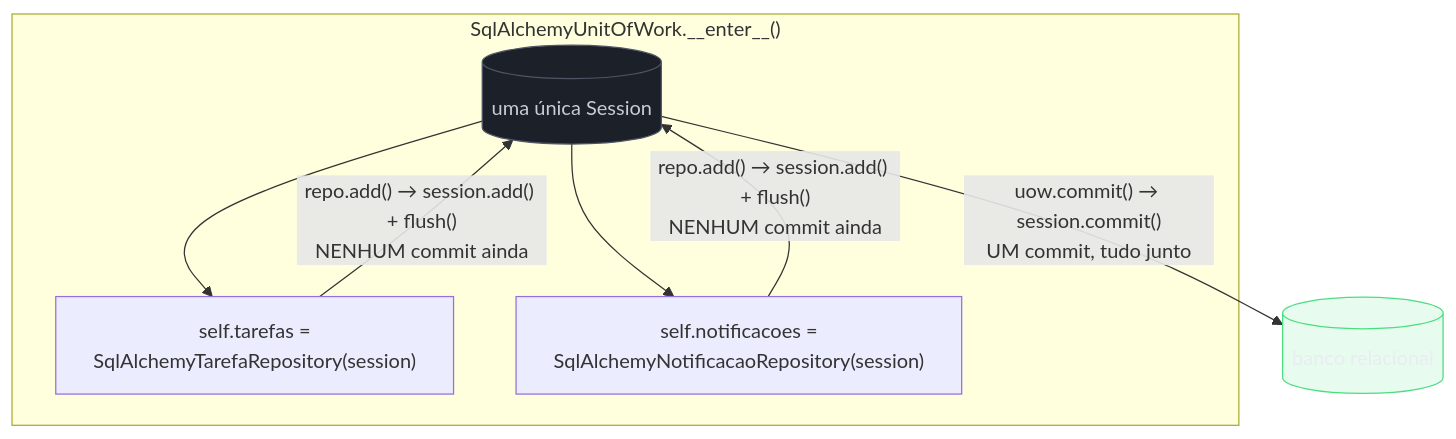
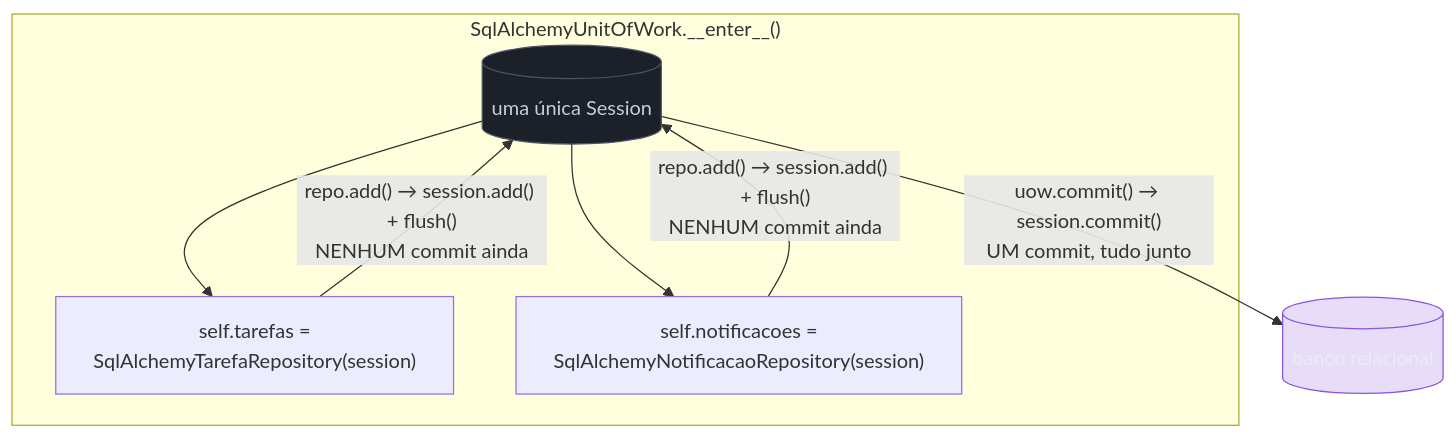
One commit to josenaldo/codex-technomanticus changed the first of 2 diagrams in 03-Dominios/Tecnologia/Python/Arquitetura e Design Patterns/04 - Unit of Work — formalizando o padrão que já existia.md. Above: the diagram before and after it, drawn with Mermaid. The commit also changed 601 other files, not shown here.

````diff
--- a/03-Dominios/Tecnologia/Python/Arquitetura e Design Patterns/04 - Unit of Work — formalizando o padrão que já existia.md
+++ b/03-Dominios/Tecnologia/Python/Arquitetura e Design Patterns/04 - Unit of Work — formalizando o padrão que já existia.md
@@ -195,21 +195,21 @@
 ```mermaid
 flowchart TB
+    classDef marca fill:#8855DF33,stroke:#8855DF,color:#E9ECF2
     classDef neutro fill:#1B2029,stroke:#4E5666,color:#C6CCD8
-    classDef ok fill:#4ADE8021,stroke:#4ADE80,color:#E9ECF2
     subgraph UOW["SqlAlchemyUnitOfWork.__enter__()"]
         SES[("uma única Session")]
         RT["self.tarefas =<br/>SqlAlchemyTarefaRepository(session)"]
         RN["self.notificacoes =<br/>SqlAlchemyNotificacaoRepository(session)"]
     end
 
     SES --> RT
     SES --> RN
 
     RT -->|"repo.add() → session.add() + flush()<br/>NENHUM commit ainda"| SES
     RN -->|"repo.add() → session.add() + flush()<br/>NENHUM commit ainda"| SES
 
     SES -->|"uow.commit() → session.commit()<br/>UM commit, tudo junto"| DB[("banco relacional")]
 
     class SES neutro
-    class DB ok
+    class DB marca
 ```
````
